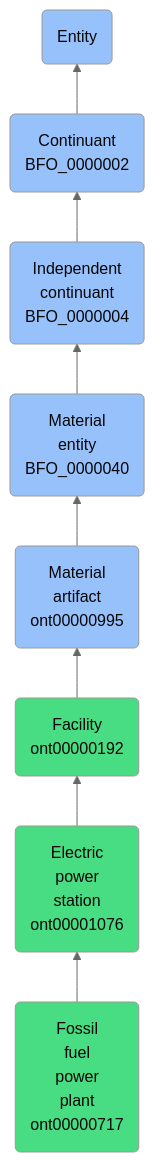
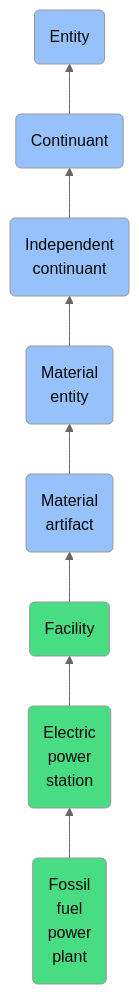
The diagram in docs/ontology/reference/model/Entity/Continuant/Independent continuant/Material entity/Material artifact/Facility/Electric power station/Fossil fuel power plant/Fossil fuel power plant.md (jupyter-naas/abi), drawn with Mermaid (neutral theme) before and after one commit. The commit also changed other lines of this file and 1430 other files, not shown here.

````diff
--- a/docs/ontology/reference/model/Entity/Continuant/Independent continuant/Material entity/Material artifact/Facility/Electric power station/Fossil fuel power plant/Fossil fuel power plant.md
+++ b/docs/ontology/reference/model/Entity/Continuant/Independent continuant/Material entity/Material artifact/Facility/Electric power station/Fossil fuel power plant/Fossil fuel power plant.md
@@ -24,15 +24,15 @@
 ```mermaid
 graph BT
-    ont00000717(Fossil<br>fuel<br>power<br>plant<br>ont00000717):::ABI-->ont00001076
-    ont00001076(Electric<br>power<br>station<br>ont00001076):::ABI-->ont00000192
-    ont00000192(Facility<br>ont00000192):::ABI-->ont00000995
-    ont00000995(Material<br>artifact<br>ont00000995):::BFO-->BFO_0000040
-    BFO_0000040(Material<br>entity<br>BFO_0000040):::BFO-->BFO_0000004
-    BFO_0000004(Independent<br>continuant<br>BFO_0000004):::BFO-->BFO_0000002
-    BFO_0000002(Continuant<br>BFO_0000002):::BFO-->BFO_0000001
+    ont00000717(Fossil<br>fuel<br>power<br>plant):::ABI-->ont00001076
+    ont00001076(Electric<br>power<br>station):::ABI-->ont00000192
+    ont00000192(Facility):::ABI-->ont00000995
+    ont00000995(Material<br>artifact):::BFO-->BFO_0000040
+    BFO_0000040(Material<br>entity):::BFO-->BFO_0000004
+    BFO_0000004(Independent<br>continuant):::BFO-->BFO_0000002
+    BFO_0000002(Continuant):::BFO-->BFO_0000001
     BFO_0000001(Entity):::BFO
     
     classDef BFO fill:#97c1fb,color:#060606
     classDef CCO fill:#e4c51e,color:#060606
     classDef ABI fill:#48DD82,color:#060606
 ```
````
